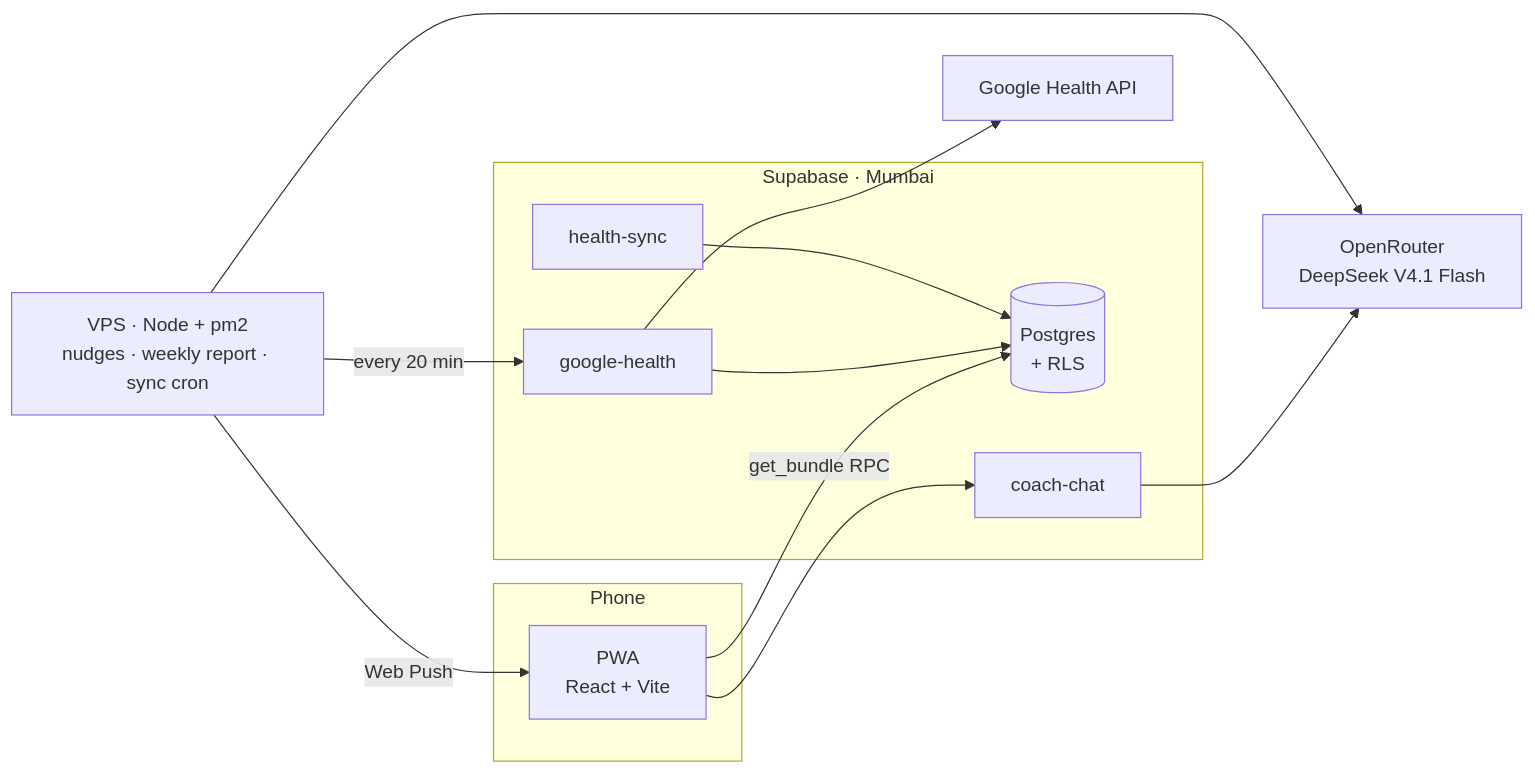
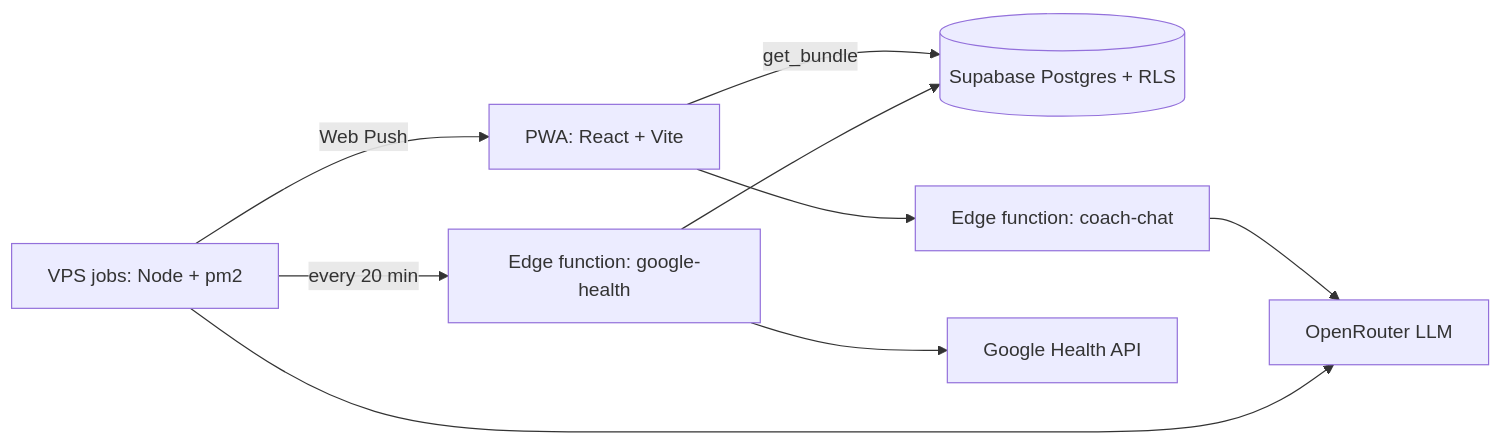
The diagram in README.md (Faisal-Althuwaini/mshabeb-fit), drawn with Mermaid before and after one commit.

Commit message:
README: simpler diagram syntax

````diff
--- a/README.md
+++ b/README.md
@@ -78,23 +78,19 @@
 ```mermaid
 flowchart LR
-  subgraph Phone
-    PWA["PWA<br/>React + Vite"]
-  end
-  subgraph Supabase["Supabase · Mumbai"]
-    DB[("Postgres<br/>+ RLS")]
-    CHAT["coach-chat"]
-    GH["google-health"]
-    HS["health-sync"]
-  end
-  VPS["VPS · Node + pm2<br/>nudges · weekly report · sync cron"]
-  OR["OpenRouter<br/>DeepSeek V4.1 Flash"]
+  PWA["PWA: React + Vite"]
+  DB[("Supabase Postgres + RLS")]
+  CHAT["Edge function: coach-chat"]
+  GH["Edge function: google-health"]
+  VPS["VPS jobs: Node + pm2"]
+  OR["OpenRouter LLM"]
   GAPI["Google Health API"]
 
-  PWA -- "get_bundle RPC" --> DB
-  PWA --> CHAT --> OR
-  VPS -- "every 20 min" --> GH --> GAPI
+  PWA -->|get_bundle| DB
+  PWA --> CHAT
+  CHAT --> OR
+  VPS -->|every 20 min| GH
+  GH --> GAPI
   GH --> DB
   VPS --> OR
-  VPS -- "Web Push" --> PWA
-  HS --> DB
+  VPS -->|Web Push| PWA
 ```
````
